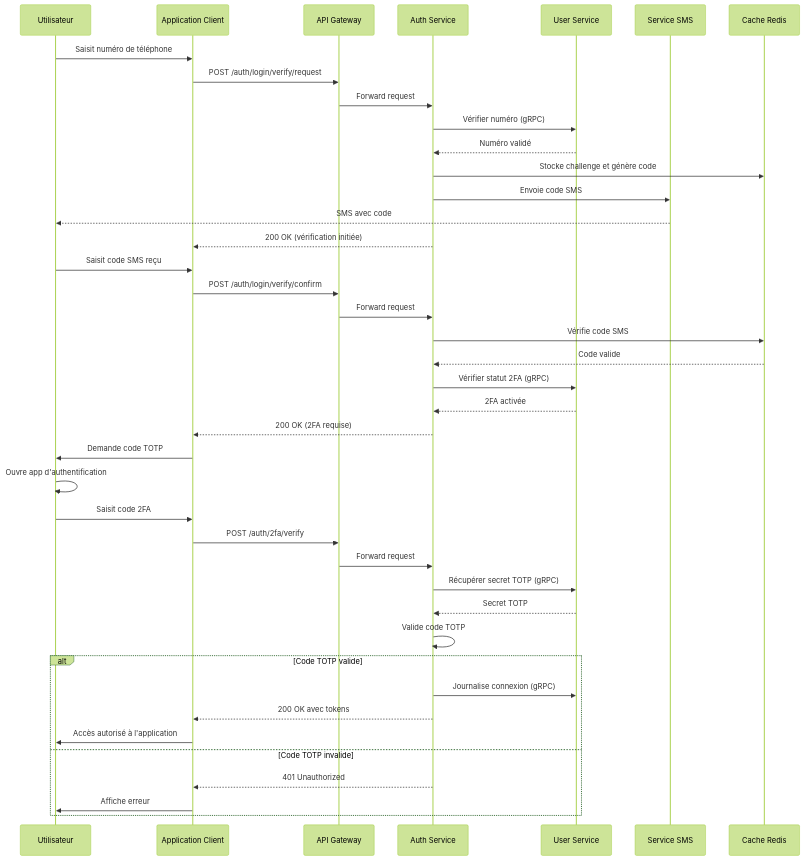
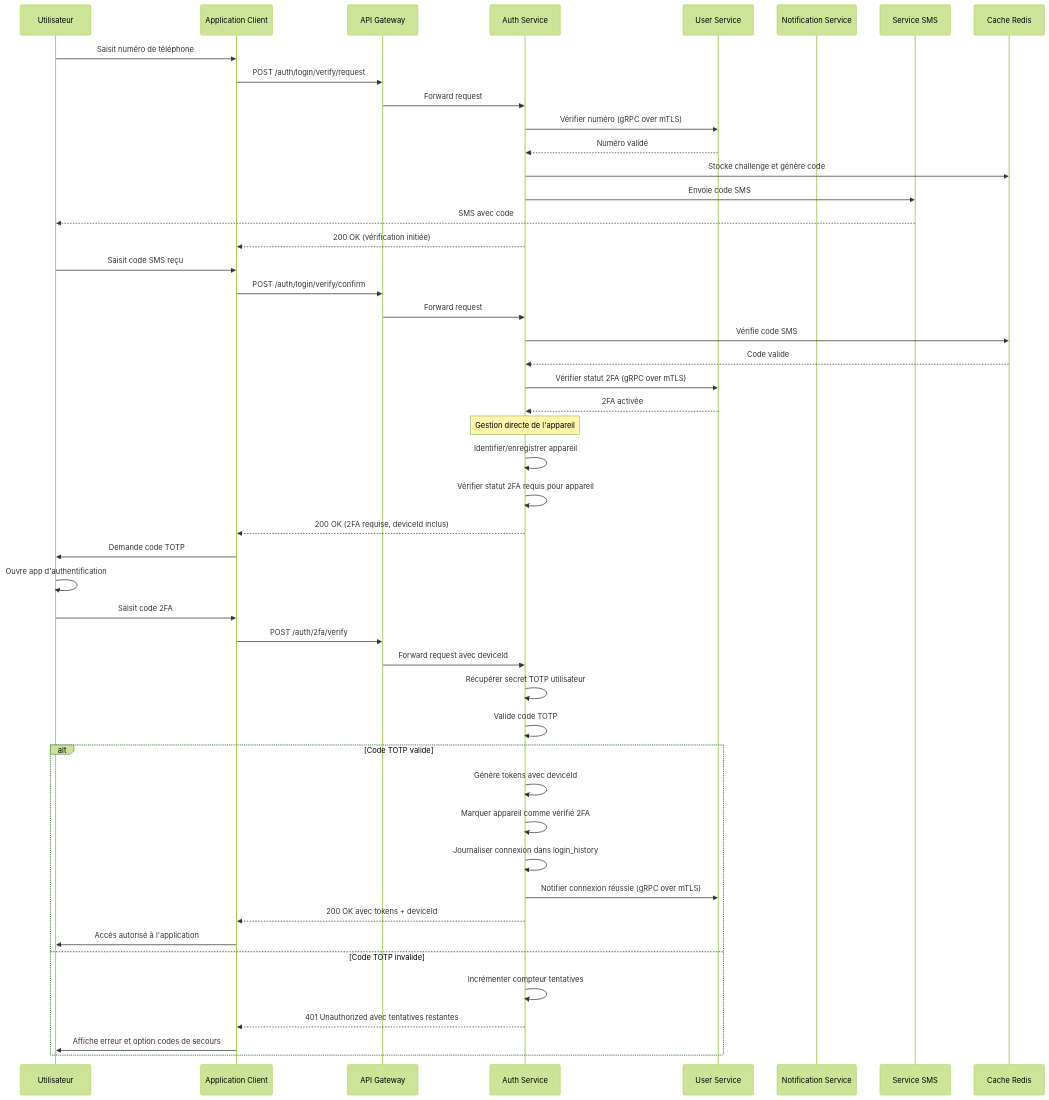
The third of 7 diagrams in documentation/2_fonctional_specs/2_two_factor_auth.md (whispr-messenger/auth-service), drawn with Mermaid (forest theme) before and after one commit. The commit also changed other lines of this file and 4 other files, not shown here.

Commit message:
📝 Update devices data managed by auth service

````diff
--- a/documentation/2_fonctional_specs/2_two_factor_auth.md
+++ b/documentation/2_fonctional_specs/2_two_factor_auth.md
@@ -89,49 +191,58 @@
 ```mermaid
 sequenceDiagram
     participant User as Utilisateur
     participant Client as Application Client
     participant APIGateway as API Gateway
     participant AuthService as Auth Service
     participant UserService as User Service
+    participant NotificationService as Notification Service
     participant ExternalSMS as Service SMS
     participant Redis as Cache Redis
     
     User->>Client: Saisit numéro de téléphone
     Client->>APIGateway: POST /auth/login/verify/request
     APIGateway->>AuthService: Forward request
-    AuthService->>UserService: Vérifier numéro (gRPC)
+    AuthService->>UserService: Vérifier numéro (gRPC over mTLS)
     UserService-->>AuthService: Numéro validé
     AuthService->>Redis: Stocke challenge et génère code
     AuthService->>ExternalSMS: Envoie code SMS
     ExternalSMS-->>User: SMS avec code
     AuthService-->>Client: 200 OK (vérification initiée)
     
     User->>Client: Saisit code SMS reçu
     Client->>APIGateway: POST /auth/login/verify/confirm
     APIGateway->>AuthService: Forward request
     AuthService->>Redis: Vérifie code SMS
     Redis-->>AuthService: Code valide
     
-    AuthService->>UserService: Vérifier statut 2FA (gRPC)
+    AuthService->>UserService: Vérifier statut 2FA (gRPC over mTLS)
     UserService-->>AuthService: 2FA activée
-    AuthService-->>Client: 200 OK (2FA requise)
+    
+    Note over AuthService: Gestion directe de l'appareil
+    AuthService->>AuthService: Identifier/enregistrer appareil
+    AuthService->>AuthService: Vérifier statut 2FA requis pour appareil
+    
+    AuthService-->>Client: 200 OK (2FA requise, deviceId inclus)
     
     Client->>User: Demande code TOTP
     User->>User: Ouvre app d'authentification
     User->>Client: Saisit code 2FA
     
     Client->>APIGateway: POST /auth/2fa/verify
-    APIGateway->>AuthService: Forward request
-    AuthService->>UserService: Récupérer secret TOTP (gRPC)
-    UserService-->>AuthService: Secret TOTP
+    APIGateway->>AuthService: Forward request avec deviceId
+    AuthService->>AuthService: Récupérer secret TOTP utilisateur
     AuthService->>AuthService: Valide code TOTP
     
     alt Code TOTP valide
-        AuthService->>UserService: Journalise connexion (gRPC)
-        AuthService-->>Client: 200 OK avec tokens
+        AuthService->>AuthService: Génère tokens avec deviceId
+        AuthService->>AuthService: Marquer appareil comme vérifié 2FA
+        AuthService->>AuthService: Journaliser connexion dans login_history
+        AuthService->>UserService: Notifier connexion réussie (gRPC over mTLS)
+        AuthService-->>Client: 200 OK avec tokens + deviceId
         Client->>User: Accès autorisé à l'application
     else Code TOTP invalide
-        AuthService-->>Client: 401 Unauthorized
-        Client->>User: Affiche erreur
+        AuthService->>AuthService: Incrémenter compteur tentatives
+        AuthService-->>Client: 401 Unauthorized avec tentatives restantes
+        Client->>User: Affiche erreur et option codes de secours
     end
 ```
````
